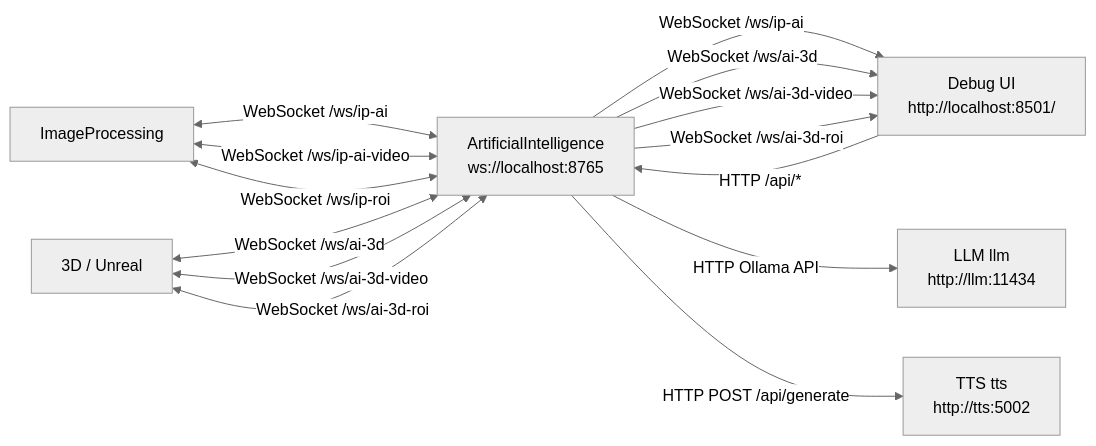
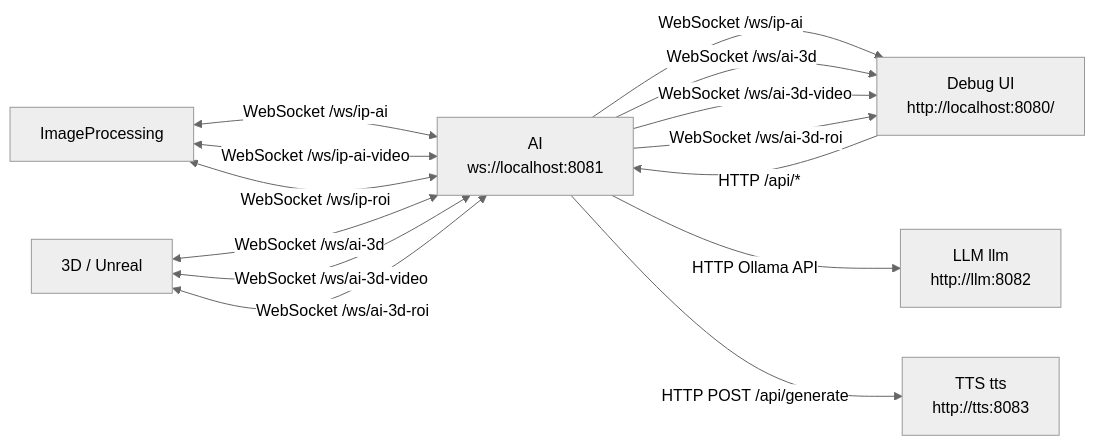
Before and after one commit to hs-duesseldorf/TheWitch: the diagram in README.md, drawn with Mermaid (neutral theme). The commit also changed other lines of this file and 18 other files, not shown here.

````diff
--- a/README.md
+++ b/README.md
@@ -19,26 +25,26 @@
 ```mermaid
 flowchart LR
     ip[ImageProcessing]
-    ai[ArtificialIntelligence<br/>ws://localhost:8765]
-    debug[Debug UI<br/>http://localhost:8501/]
-    llm[LLM llm<br/>http://llm:11434]
-    tts[TTS tts<br/>http://tts:5002]
+    ai[AI<br/>ws://localhost:8081]
+    debug[Debug UI<br/>http://localhost:8080/]
+    llm[LLM llm<br/>http://llm:8082]
+    tts[TTS tts<br/>http://tts:8083]
     unreal[3D / Unreal]
 
     ip <-- "WebSocket /ws/ip-ai" --> ai
     ip <-- "WebSocket /ws/ip-ai-video" --> ai
     ip <-- "WebSocket /ws/ip-roi" --> ai
 
     debug -- "HTTP /api/*" --> ai
     ai -- "WebSocket /ws/ip-ai" --> debug
     ai -- "WebSocket /ws/ai-3d" --> debug
     ai -- "WebSocket /ws/ai-3d-video" --> debug
     ai -- "WebSocket /ws/ai-3d-roi" --> debug
 
     unreal <-- "WebSocket /ws/ai-3d" --> ai
     unreal <-- "WebSocket /ws/ai-3d-video" --> ai
     unreal <-- "WebSocket /ws/ai-3d-roi" --> ai
 
     ai -- "HTTP Ollama API" --> llm
     ai -- "HTTP POST /api/generate" --> tts
 ```
````
